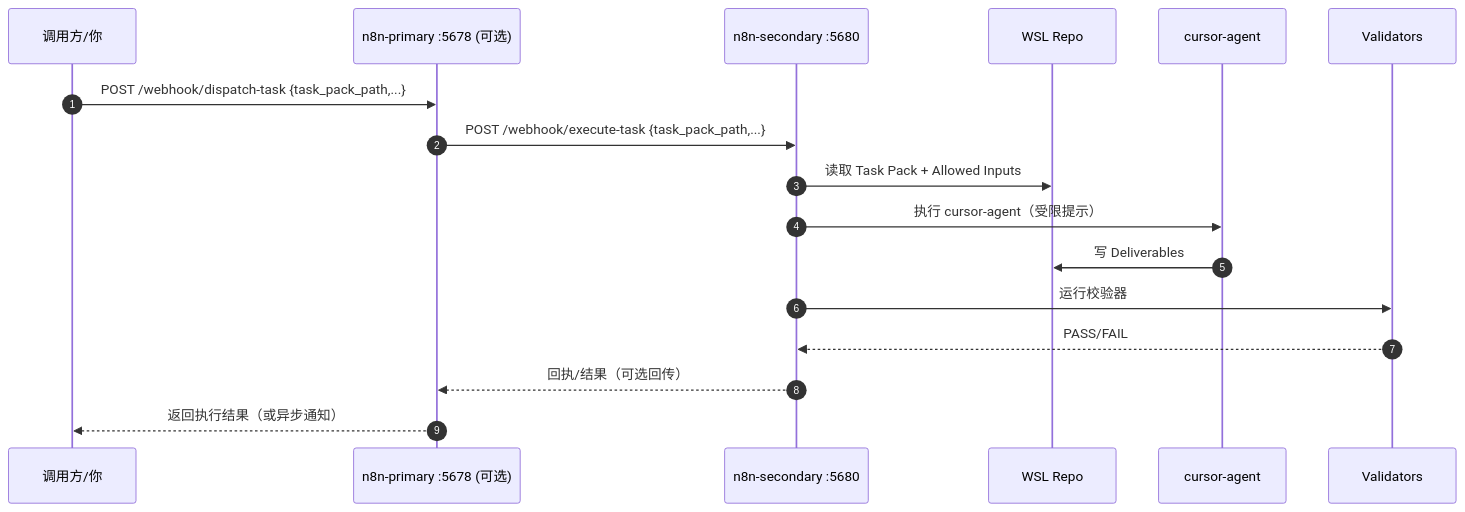
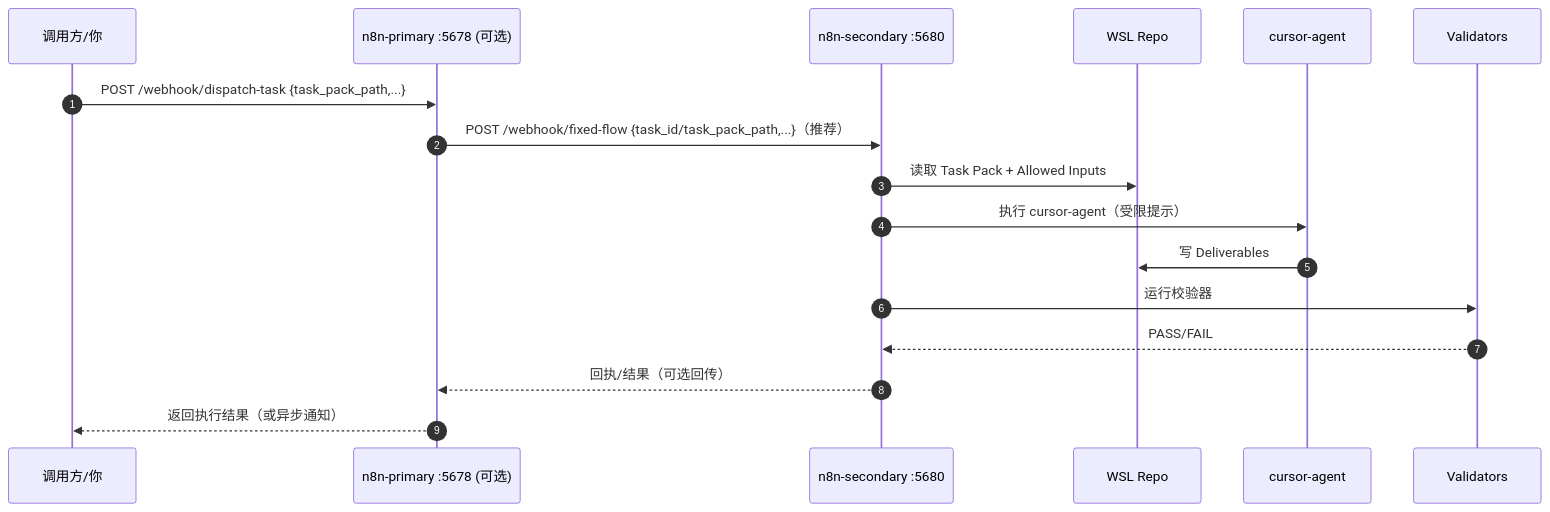
One commit to angelash/Footnote changed the third of 4 diagrams in docs/02_specs/pipelines/n8n_cursor_cli_overview.md. Above: the diagram before and after it, drawn with Mermaid. The commit also changed other lines of this file and 8 other files, not shown here.

Commit message:
docs(pipelines): align documentation with fixed flow updates, including status query and workflow enhancements

````diff
--- a/docs/02_specs/pipelines/n8n_cursor_cli_overview.md
+++ b/docs/02_specs/pipelines/n8n_cursor_cli_overview.md
@@ -125,20 +127,20 @@
 ```mermaid
 sequenceDiagram
   autonumber
   participant Client as 调用方/你
   participant N8NP as n8n-primary :5678 (可选)
   participant N8NS as n8n-secondary :5680
   participant Repo as WSL Repo
   participant CA as cursor-agent
   participant V as Validators
 
   Client->>N8NP: POST /webhook/dispatch-task {task_pack_path,...}
-  N8NP->>N8NS: POST /webhook/execute-task {task_pack_path,...}
+  N8NP->>N8NS: POST /webhook/fixed-flow {task_id/task_pack_path,...}（推荐）
   N8NS->>Repo: 读取 Task Pack + Allowed Inputs
   N8NS->>CA: 执行 cursor-agent（受限提示）
   CA->>Repo: 写 Deliverables
   N8NS->>V: 运行校验器
   V-->>N8NS: PASS/FAIL
   N8NS-->>N8NP: 回执/结果（可选回传）
   N8NP-->>Client: 返回执行结果（或异步通知）
 ```
````
